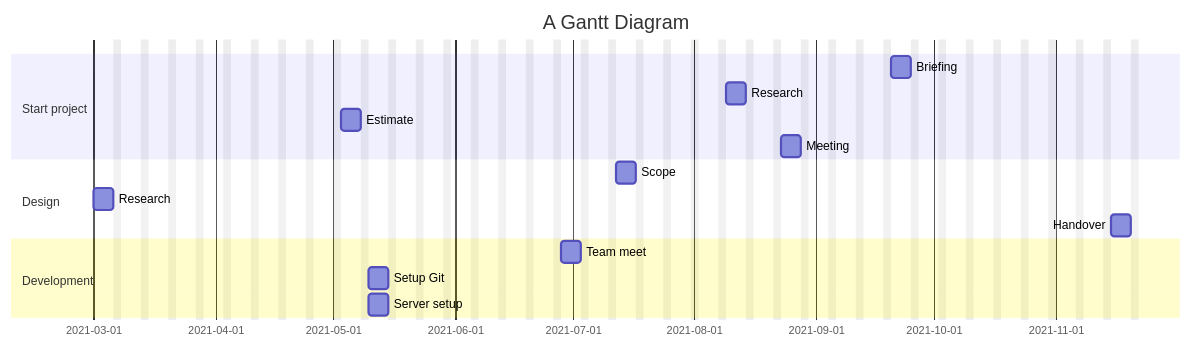
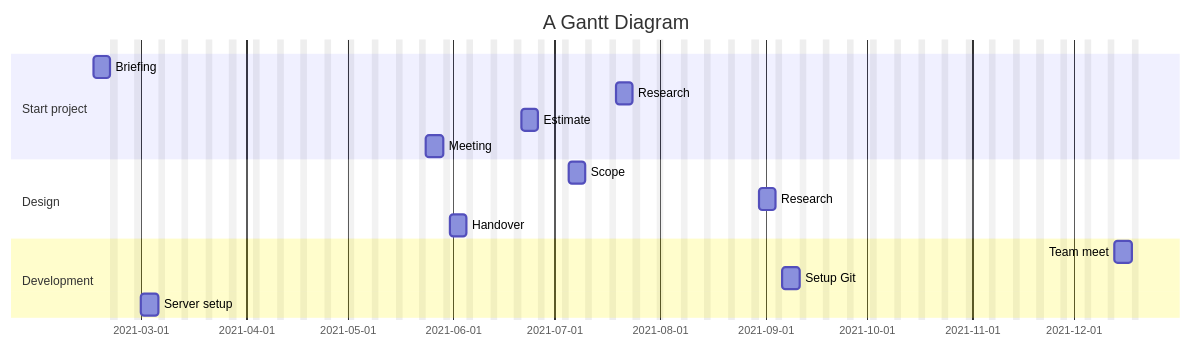
Before and after one commit to MatthijsKamstra/fonkee-issues: the diagram in docs/data/planning_2021.csv.converted.md, drawn with Mermaid. The commit also changed 7 other files, not shown here.

````diff
--- a/docs/data/planning_2021.csv.converted.md
+++ b/docs/data/planning_2021.csv.converted.md
@@ -2,31 +2,31 @@
 ```mermaid
 gantt
 	title A Gantt Diagram
 	dateFormat  YYYY-MM-DD
 	excludes    weekends
 
 	%% section Section
 	%% A task           :a1, 2014-01-01, 30d
 	%% Another task     :after a1  , 20d
 	%% section Another
 	%% Task in sec      :2014-01-12  , 12d
 	%% another task      : 24d
 
 
 	section Start project
-	Briefing		:2021-09-20, 5d
-	Research		:2021-08-09, 5d
-	Estimate		:2021-05-03, 5d
-	Meeting		:2021-08-23, 5d
+	Briefing		:2021-02-15, 5d
+	Research		:2021-07-19, 5d
+	Estimate		:2021-06-21, 5d
+	Meeting		:2021-05-24, 5d
 
 	section Design
-	Scope		:2021-07-12, 5d
-	Research		:2021-03-01, 5d
-	Handover		:2021-11-15, 5d
+	Scope		:2021-07-05, 5d
+	Research		:2021-08-30, 5d
+	Handover		:2021-05-31, 5d
 
 	section Development
-	Team meet		:2021-06-28, 5d
-	Setup Git		:2021-05-10, 5d
-	Server setup		:2021-05-10, 5d
+	Team meet		:2021-12-13, 5d
+	Setup Git		:2021-09-06, 5d
+	Server setup		:2021-03-01, 5d
 
 ```
````
